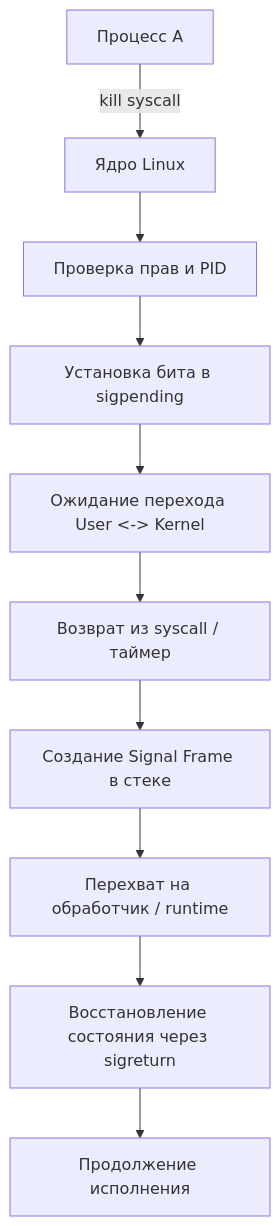
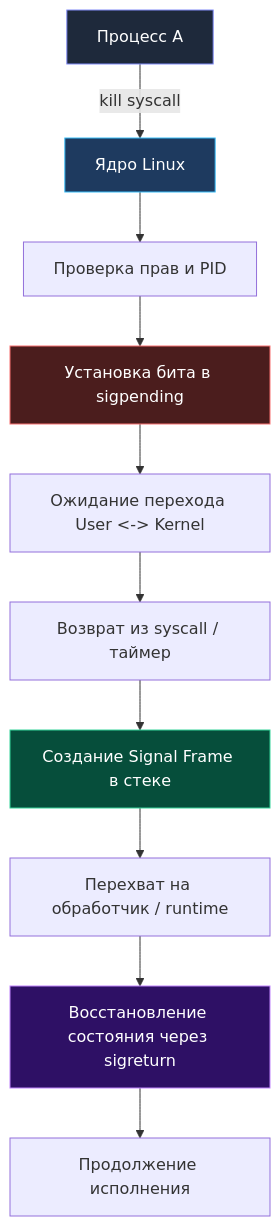
One commit to UnrealTemplier/go-textbook changed the first of 2 diagrams in sources/2. Устройство и работа ОС/28. Сигналы в Linux.md. Above: the diagram before and after it, drawn with Mermaid. The commit also changed other lines of this file, not shown here.

````diff
--- a/sources/2. Устройство и работа ОС/28. Сигналы в Linux.md
+++ b/sources/2. Устройство и работа ОС/28. Сигналы в Linux.md
@@ -36,12 +40,18 @@
 ```mermaid
 flowchart TD
     A["Процесс A"] -->|kill syscall| B["Ядро Linux"]
     B --> C["Проверка прав и PID"]
     C --> D["Установка бита в sigpending"]
     D --> E["Ожидание перехода User <-> Kernel"]
     E --> F["Возврат из syscall / таймер"]
     F --> G["Создание Signal Frame в стеке"]
     G --> H["Перехват на обработчик / runtime"]
     H --> I["Восстановление состояния через sigreturn"]
     I --> J["Продолжение исполнения"]
+
+    style A fill:#1e293b,stroke:#818cf8,color:#fff
+    style B fill:#1e3a5f,stroke:#38bdf8,color:#fff
+    style D fill:#4b1d1d,stroke:#f87171,color:#fff
+    style G fill:#064e3b,stroke:#34d399,color:#fff
+    style I fill:#2e1065,stroke:#c084fc,color:#fff
 ```
````
